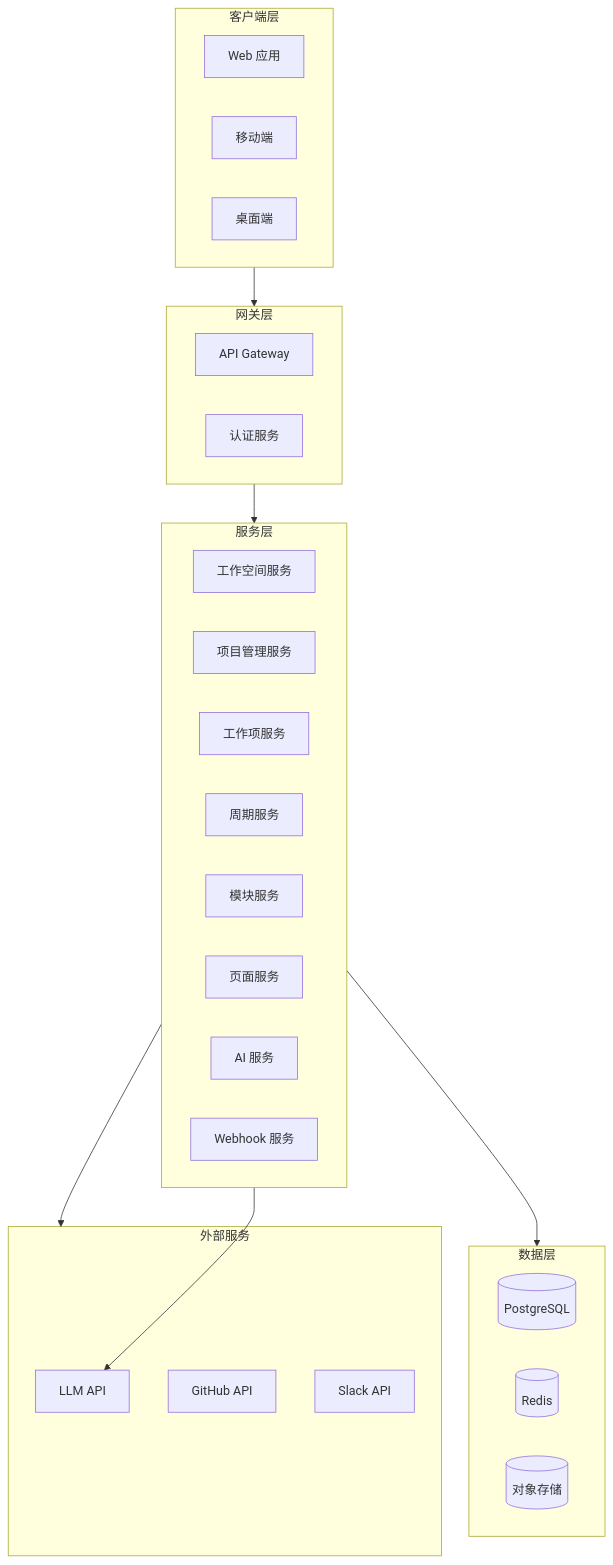
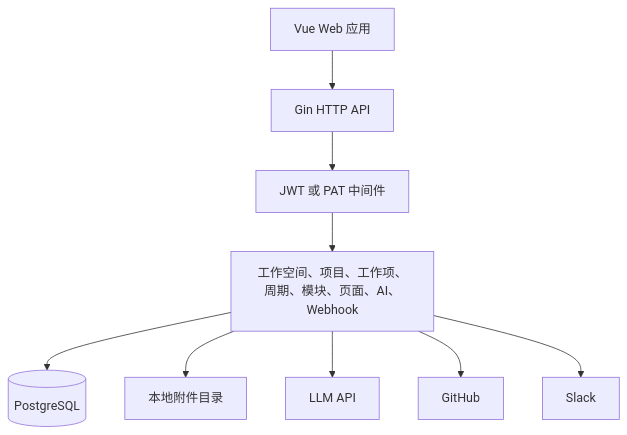
The ninth of 10 diagrams in docs/kb/PRD.md (vinthuy/reqmango), drawn with Mermaid before and after one commit. The commit also changed other lines of this file and 2 other files, not shown here.

````diff
--- a/docs/kb/PRD.md
+++ b/docs/kb/PRD.md
@@ -598,42 +593,11 @@
 ```mermaid
 flowchart TB
-    subgraph Client["客户端层"]
-        Web[Web 应用]
-        Mobile[移动端]
-        Desktop[桌面端]
-    end
-    
-    subgraph Gateway["网关层"]
-        API[API Gateway]
-        Auth[认证服务]
-    end
-    
-    subgraph Service["服务层"]
-        Workspace[工作空间服务]
-        Project[项目管理服务]
-        WorkItem[工作项服务]
-        Cycle[周期服务]
-        Module[模块服务]
-        Page[页面服务]
-        AI[AI 服务]
-        Webhook[Webhook 服务]
-    end
-    
-    subgraph Data["数据层"]
-        DB[(PostgreSQL)]
-        Cache[(Redis)]
-        Storage[(对象存储)]
-    end
-    
-    subgraph External["外部服务"]
-        LLM[LLM API]
-        GitHub[GitHub API]
-        Slack[Slack API]
-    end
-    
-    Client --> Gateway
-    Gateway --> Service
-    Service --> Data
-    Service --> External
-    Service --> LLM
+    Web[Vue Web 应用] --> API[Gin HTTP API]
+    API --> Auth[JWT 或 PAT 中间件]
+    Auth --> Handlers[工作空间、项目、工作项、周期、模块、页面、AI、Webhook]
+    Handlers --> DB[(PostgreSQL)]
+    Handlers --> Files[本地附件目录]
+    Handlers --> LLM[LLM API]
+    Handlers --> GitHub[GitHub]
+    Handlers --> Slack[Slack]
 ```
````
